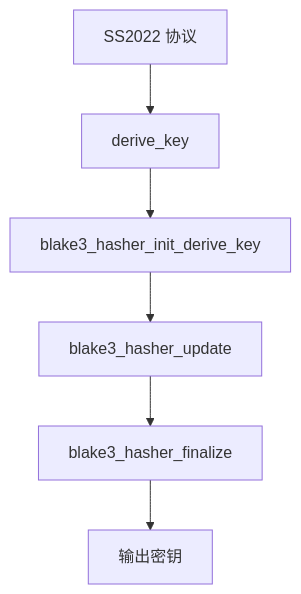
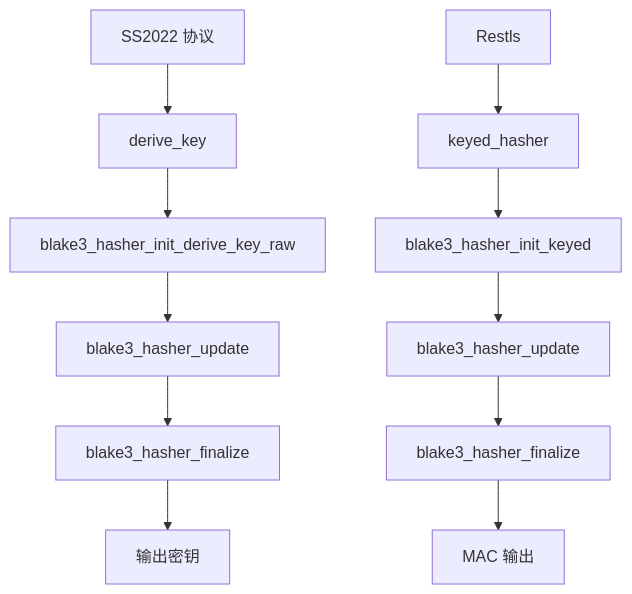
Before and after one commit to Hatedatastructures/PrismWiki: the diagram in core/crypto/blake3.md, drawn with Mermaid. The commit also changed other lines of this file and 273 other files, not shown here.

````diff
--- a/core/crypto/blake3.md
+++ b/core/crypto/blake3.md
@@ -177,8 +235,14 @@
 ```mermaid
 graph TD
     A[SS2022 协议] --> B[derive_key]
-    B --> C[blake3_hasher_init_derive_key]
+    B --> C[blake3_hasher_init_derive_key_raw]
     C --> D[blake3_hasher_update]
     D --> E[blake3_hasher_finalize]
     E --> F[输出密钥]
+
+    G[Restls] --> H[keyed_hasher]
+    H --> I[blake3_hasher_init_keyed]
+    I --> J[blake3_hasher_update]
+    J --> K[blake3_hasher_finalize]
+    K --> L[MAC 输出]
 ```
````
